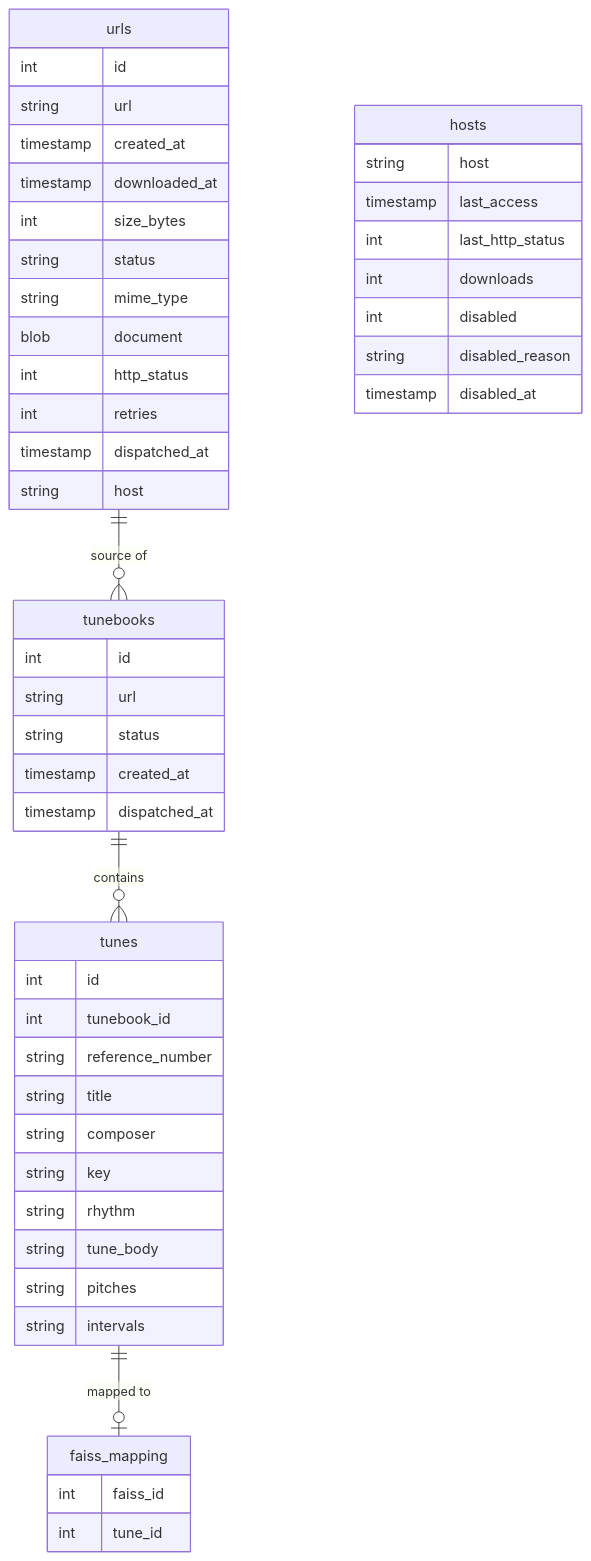
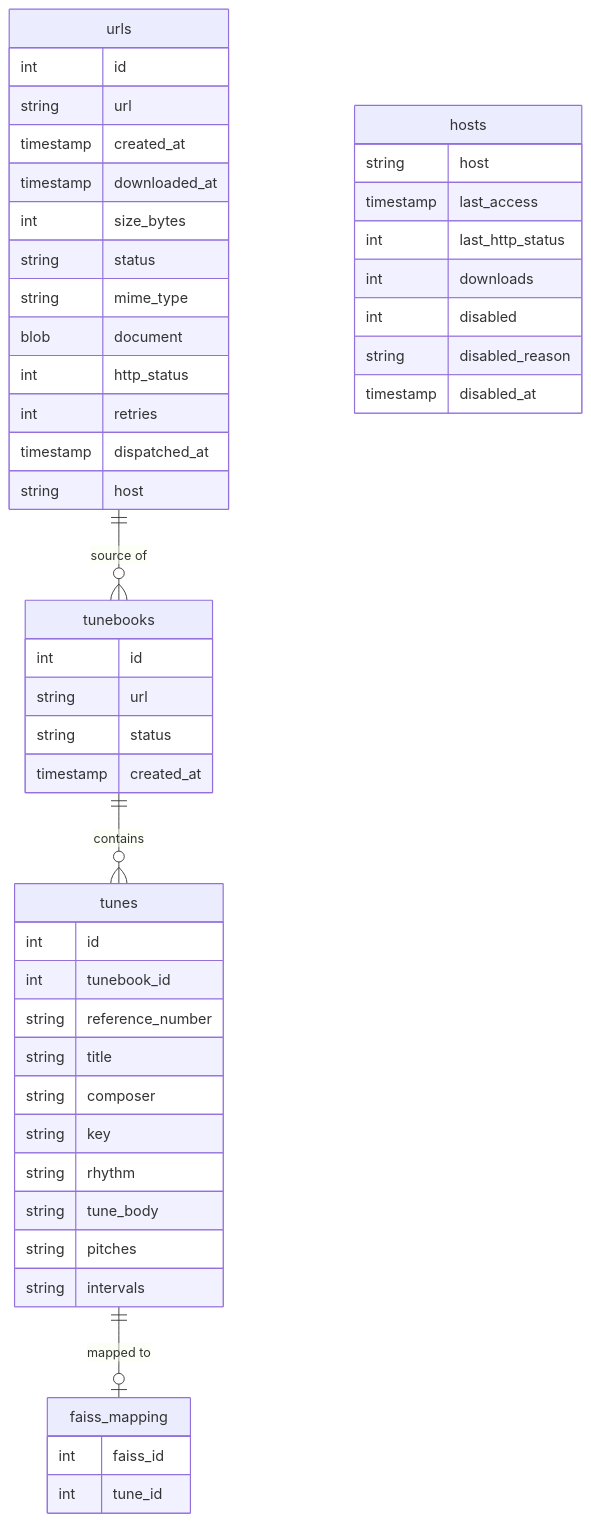
The second of 2 diagrams in README.md (mark-vandenbroeck/ABC), drawn with Mermaid before and after one commit. The commit also changed other lines of this file and 4 other files, not shown here.

````diff
--- a/README.md
+++ b/README.md
@@ -111,57 +102,56 @@
 ```mermaid
 erDiagram
     tunebooks ||--o{ tunes : contains
     urls ||--o{ tunebooks : "source of"
     tunes ||--o| faiss_mapping : "mapped to"
     
     urls {
         int id
         string url
         timestamp created_at
         timestamp downloaded_at
         int size_bytes
         string status
         string mime_type
         blob document
         int http_status
         int retries
         timestamp dispatched_at
         string host
     }
 
     hosts {
         string host
         timestamp last_access
         int last_http_status
         int downloads
         int disabled
         string disabled_reason
         timestamp disabled_at
     }
 
     tunebooks {
         int id
         string url
         string status
         timestamp created_at
-        timestamp dispatched_at
     }
 
     tunes {
         int id
         int tunebook_id
         string reference_number
         string title
         string composer
         string key
         string rhythm
         string tune_body
         string pitches
         string intervals
     }
     
     faiss_mapping {
         int faiss_id
         int tune_id
     }
 ```
````
